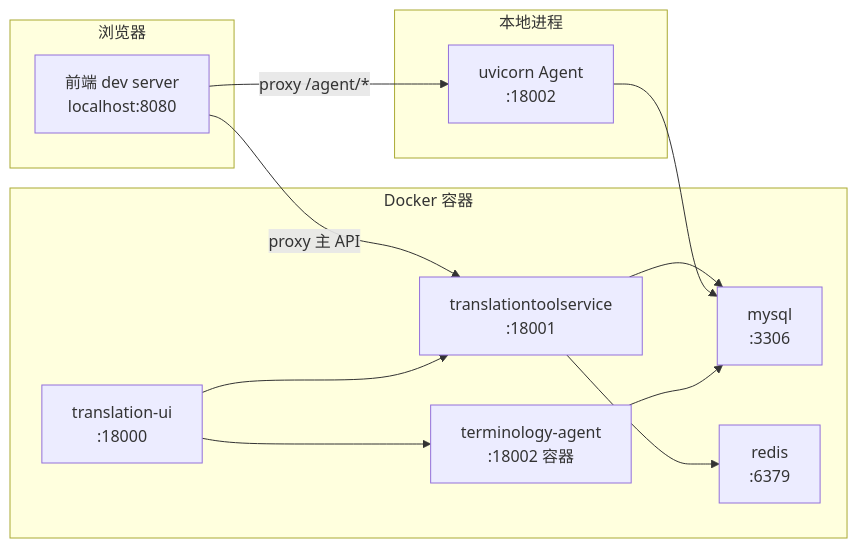
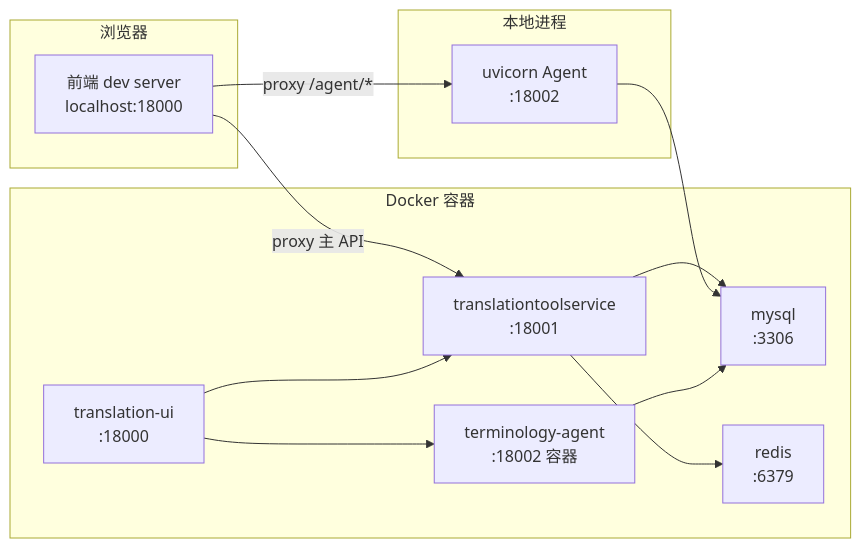
The diagram in references/本地开发.md (deosiree/translationtool), drawn with Mermaid before and after one commit. The commit also changed other lines of this file and 209 other files, not shown here.

````diff
--- a/references/本地开发.md
+++ b/references/本地开发.md
@@ -42,24 +79,24 @@
 ```mermaid
 flowchart LR
   subgraph browser["浏览器"]
-    FE["前端 dev server\nlocalhost:8080"]
+    FE["前端 dev server\nlocalhost:18000"]
   end
   subgraph docker["Docker 容器"]
     UI["translation-ui\n:18000"]
     BE["translationtoolservice\n:18001"]
     AGc["terminology-agent\n:18002 容器"]
     MY["mysql\n:3306"]
     RD["redis\n:6379"]
   end
   subgraph local["本地进程"]
     AGl["uvicorn Agent\n:18002"]
   end
   FE -->|proxy 主 API| BE
   FE -->|proxy /agent/*| AGl
   UI --> BE
   UI --> AGc
   BE --> MY
   BE --> RD
   AGl --> MY
   AGc --> MY
 ```
````
